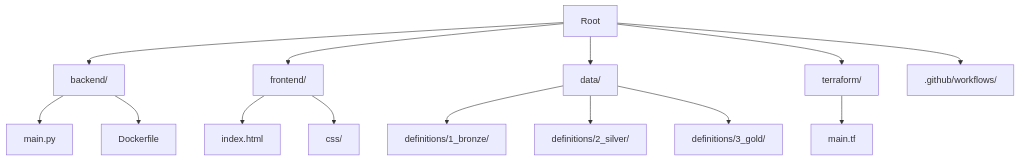
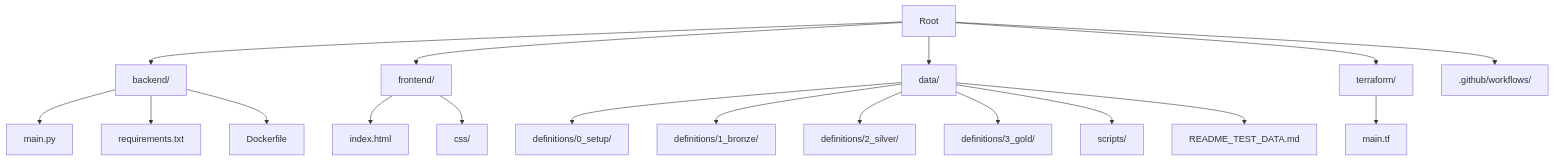
Before and after one commit to evan-07/victory-discipleship: the diagram in README.md, drawn with Mermaid. The commit also changed other lines of this file, not shown here.

Commit message:
docs: Add a new section for generating test data, update the architecture diagram with new files, and refine deployment and secret details in the README.

````diff
--- a/README.md
+++ b/README.md
@@ -27,20 +27,24 @@
 ```mermaid
 graph TD;
     root[Root] --> backend[backend/];
     root --> frontend[frontend/];
     root --> data[data/];
     root --> terraform[terraform/];
     root --> workflows[.github/workflows/];
 
     backend --> py[main.py];
+    backend --> req[requirements.txt];
     backend --> docker[Dockerfile];
     
     frontend --> html[index.html];
     frontend --> css[css/];
 
+    data --> setup[definitions/0_setup/];
     data --> bronze[definitions/1_bronze/];
     data --> silver[definitions/2_silver/];
     data --> gold[definitions/3_gold/];
+    data --> scripts[scripts/];
+    data --> readme_test[README_TEST_DATA.md];
 
     terraform --> main_tf[main.tf];
 ```
````
